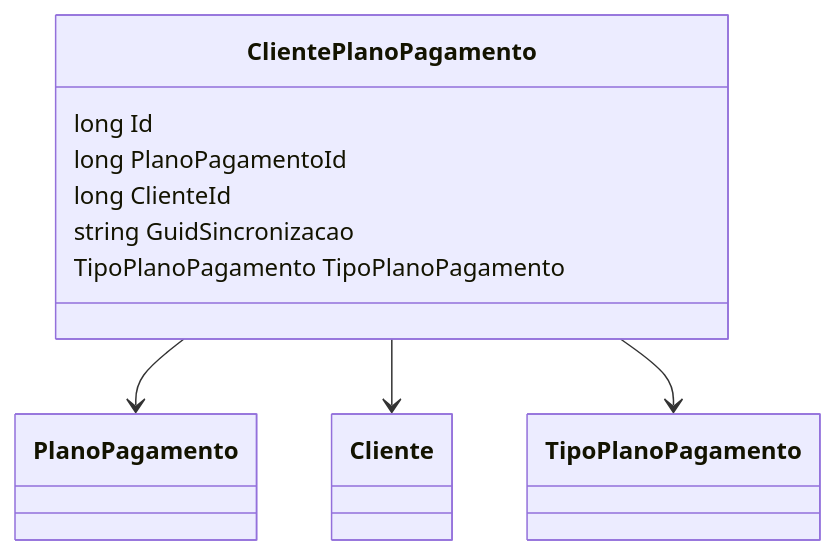
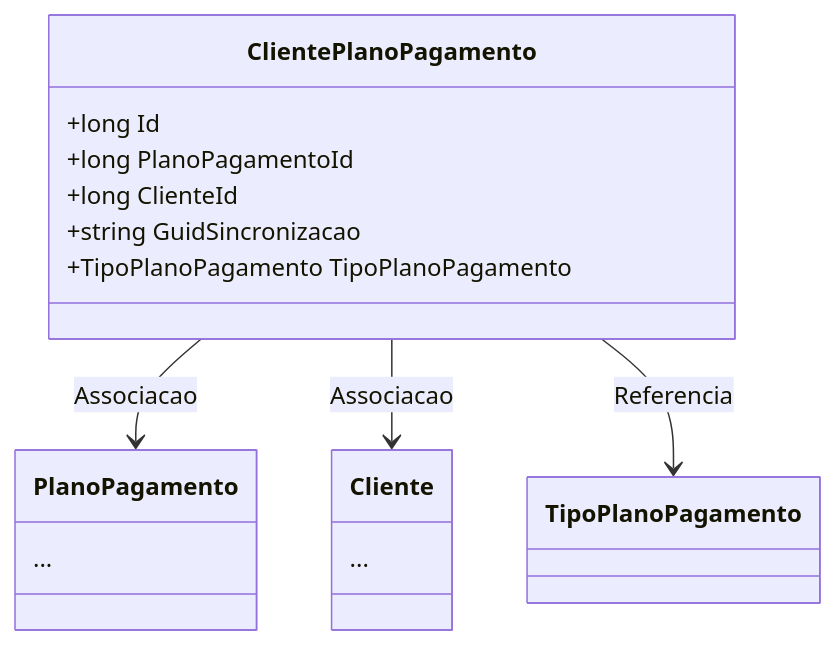
The diagram in docs/b2b-dominio/IsthmusWinthor.Nucleo/IsthmusWinthor.Dominio/Entidades/ClientePlanoPagamento.md (IsthmusSistemas/documentacao-tecnica), drawn with Mermaid before and after one commit. The commit also changed other lines of this file and 882 other files, not shown here.

````diff
--- a/docs/b2b-dominio/IsthmusWinthor.Nucleo/IsthmusWinthor.Dominio/Entidades/ClientePlanoPagamento.md
+++ b/docs/b2b-dominio/IsthmusWinthor.Nucleo/IsthmusWinthor.Dominio/Entidades/ClientePlanoPagamento.md
@@ -22,14 +22,22 @@
 ```mermaid
 classDiagram
     class ClientePlanoPagamento {
-        long Id
-        long PlanoPagamentoId
-        long ClienteId
-        string GuidSincronizacao
-        TipoPlanoPagamento TipoPlanoPagamento
+        +long Id
+        +long PlanoPagamentoId
+        +long ClienteId
+        +string GuidSincronizacao
+        +TipoPlanoPagamento TipoPlanoPagamento
     }
-
-    ClientePlanoPagamento --> PlanoPagamento
-    ClientePlanoPagamento --> Cliente
-    ClientePlanoPagamento --> TipoPlanoPagamento
+    
+    class PlanoPagamento {
+        ...
+    }
+    
+    class Cliente {
+        ...
+    }
+    
+    ClientePlanoPagamento --> PlanoPagamento : Associacao
+    ClientePlanoPagamento --> Cliente : Associacao
+    ClientePlanoPagamento --> TipoPlanoPagamento : Referencia
 ```
````
